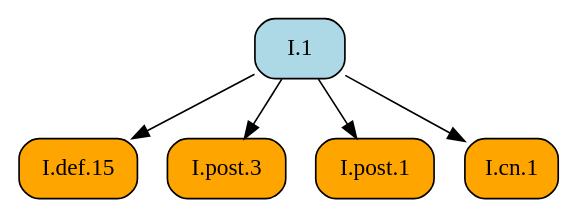
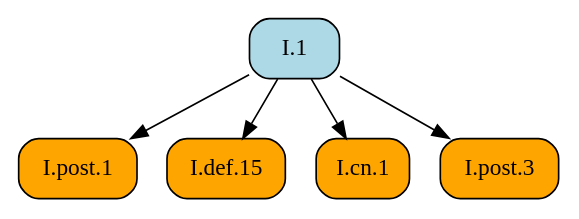
The diagram in docsrc/elements2/I/1/index.rst (geometor/elements), drawn with Graphviz before and after one commit. The commit also changed other lines of this file and 171 other files, not shown here.

```diff
--- a/docsrc/elements2/I/1/index.rst
+++ b/docsrc/elements2/I/1/index.rst
@@ -123,15 +123,15 @@
 .. graphviz::
 
    digraph {
      rankdir="TB";
      node [shape=box, style=rounded];
+     "I.post.1" [style="rounded,filled", fillcolor=orange, URL="/elements2/I/post.1/", target="_top"];
+     "I.1" [style="rounded,filled", fillcolor=lightblue, URL="/elements2/I/1/", target="_top"];
      "I.def.15" [style="rounded,filled", fillcolor=orange, URL="/elements2/I/def.15/", target="_top"];
+     "I.cn.1" [style="rounded,filled", fillcolor=orange, URL="/elements2/I/cn.1/", target="_top"];
      "I.post.3" [style="rounded,filled", fillcolor=orange, URL="/elements2/I/post.3/", target="_top"];
-     "I.1" [style="rounded,filled", fillcolor=lightblue, URL="/elements2/I/1/", target="_top"];
-     "I.post.1" [style="rounded,filled", fillcolor=orange, URL="/elements2/I/post.1/", target="_top"];
-     "I.cn.1" [style="rounded,filled", fillcolor=orange, URL="/elements2/I/cn.1/", target="_top"];
+     "I.1" -> "I.post.1";
      "I.1" -> "I.def.15";
+     "I.1" -> "I.cn.1";
      "I.1" -> "I.post.3";
-     "I.1" -> "I.post.1";
-     "I.1" -> "I.cn.1";
    }
```
